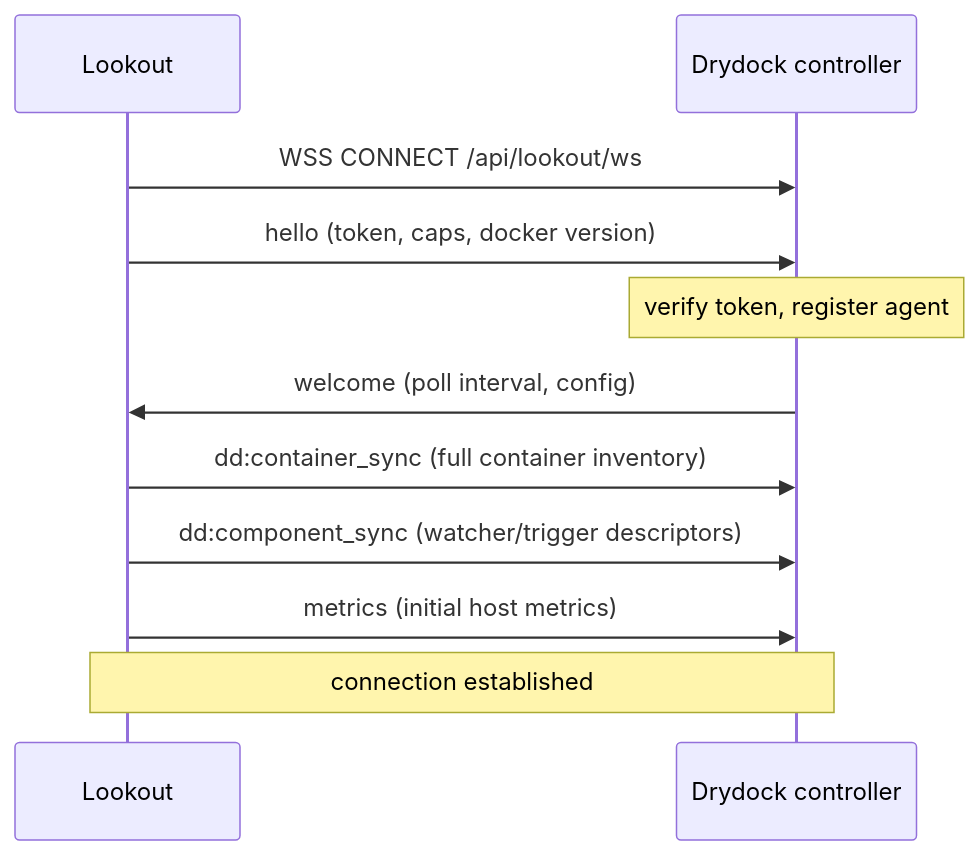
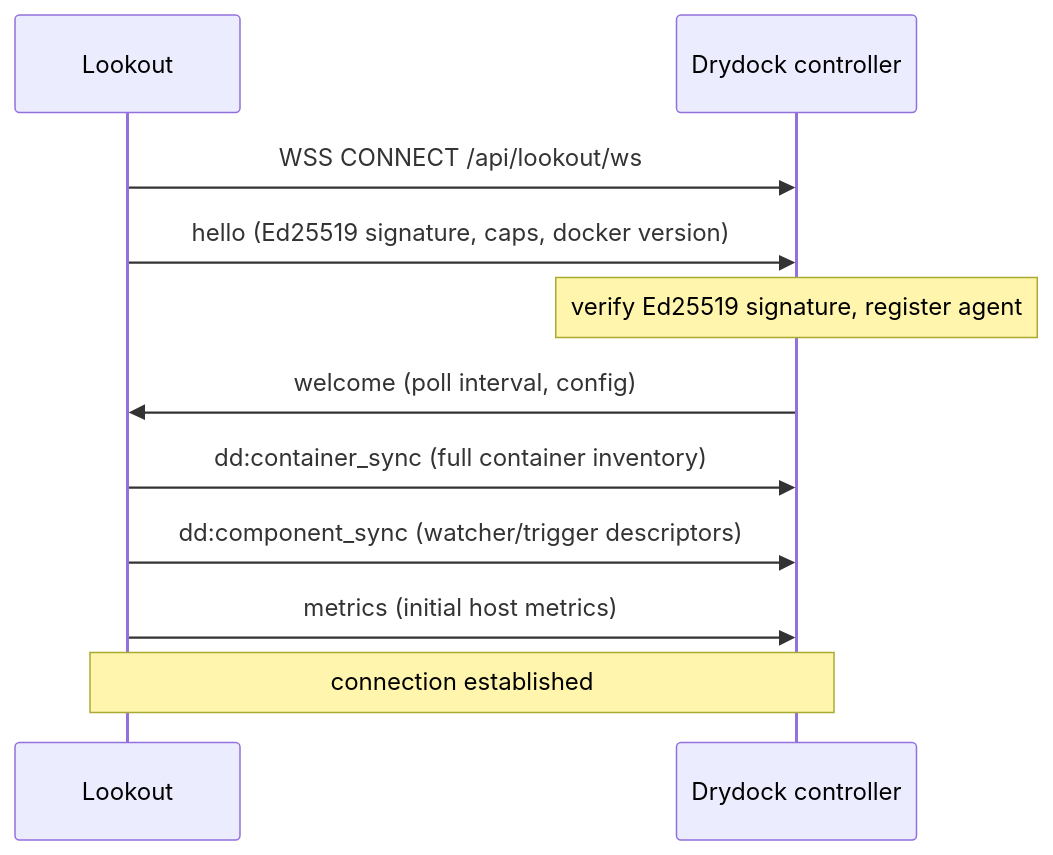
Before and after one commit to CodesWhat/portwing: the second of 3 diagrams in SPEC.md, drawn with Mermaid. The commit also changed other lines of this file and 4 other files, not shown here.

````diff
--- a/SPEC.md
+++ b/SPEC.md
@@ -66,13 +66,13 @@
 ```mermaid
 sequenceDiagram
     participant L as Lookout
     participant D as Drydock controller
     L->>D: WSS CONNECT /api/lookout/ws
-    L->>D: hello (token, caps, docker version)
-    Note over D: verify token, register agent
+    L->>D: hello (Ed25519 signature, caps, docker version)
+    Note over D: verify Ed25519 signature, register agent
     D->>L: welcome (poll interval, config)
     L->>D: dd:container_sync (full container inventory)
     L->>D: dd:component_sync (watcher/trigger descriptors)
     L->>D: metrics (initial host metrics)
     Note over L,D: connection established
 ```
````
